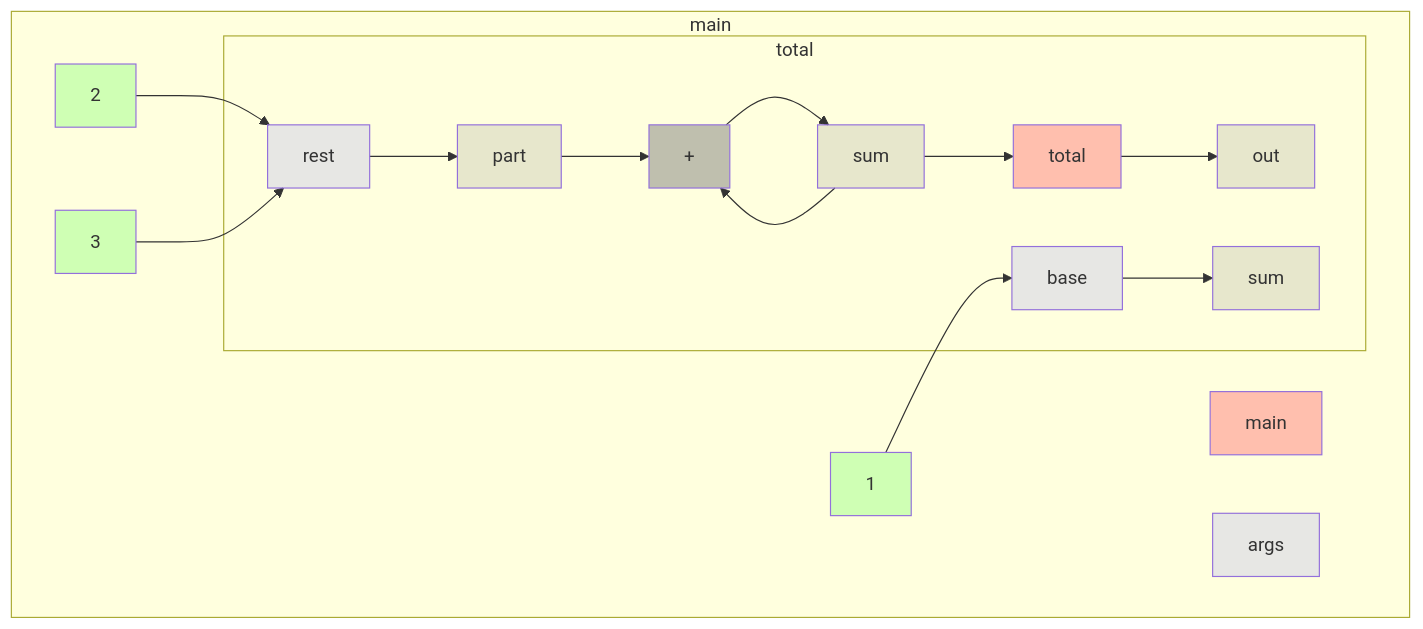
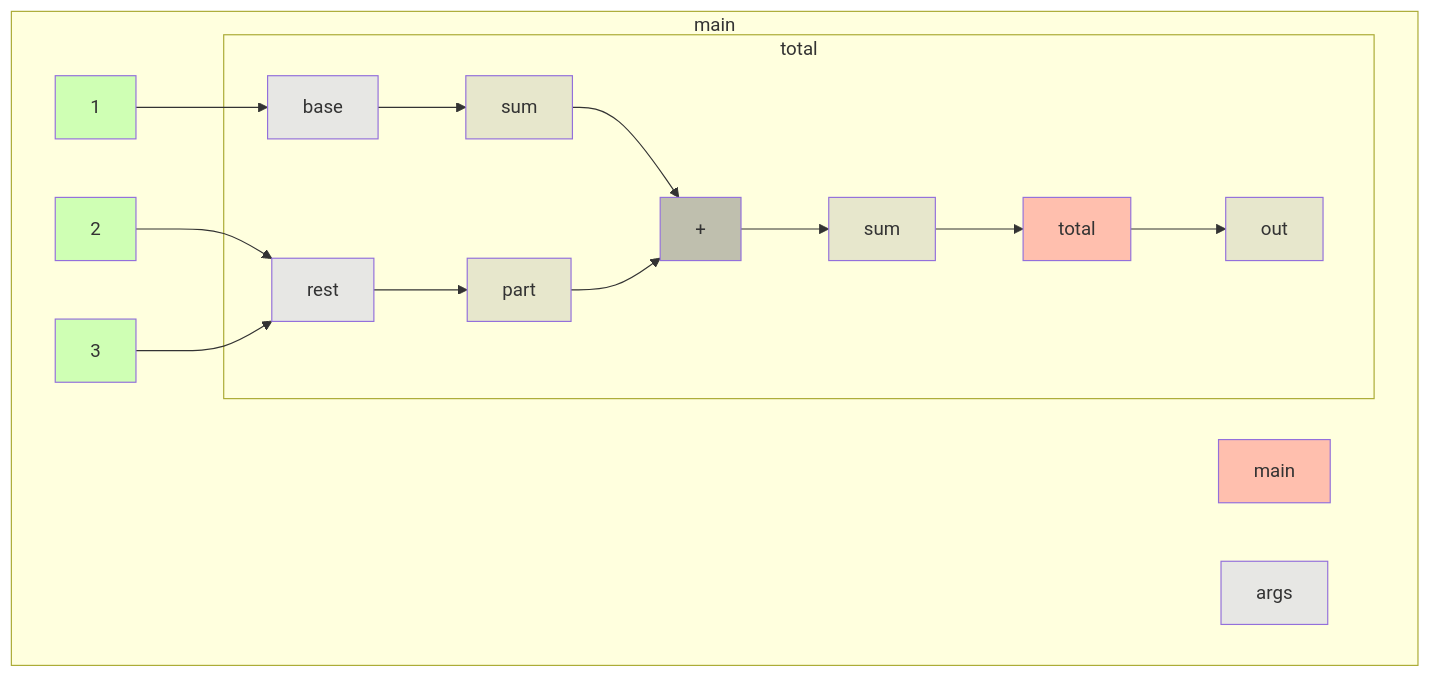
Before and after one commit to gstiebler/codeflow: the diagram in app/src/test/resources/varargs/truth.md, drawn with Mermaid. The commit also changed 48 other files, not shown here.

````diff
--- a/app/src/test/resources/varargs/truth.md
+++ b/app/src/test/resources/varargs/truth.md
@@ -1,36 +1,36 @@
 ```mermaid
 flowchart TD
   subgraph b0["main"]
     n1[main]:::RETURN
     n2[args]:::FUNC_PARAM
-    n3[out]:::VARIABLE
-    n4[1]:::LITERAL
-    n5[2]:::LITERAL
-    n6[3]:::LITERAL
-    n4[1]:::LITERAL --> n9[base]:::FUNC_PARAM
-    n5[2]:::LITERAL --> n10[rest]:::FUNC_PARAM
-    n6[3]:::LITERAL --> n10[rest]:::FUNC_PARAM
-    subgraph b7["total"]
-      n8[total]:::RETURN
-      n9[base]:::FUNC_PARAM
-      n10[rest]:::FUNC_PARAM
-      n11[sum]:::VARIABLE
-      n12[part]:::VARIABLE
+    n3[1]:::LITERAL
+    n4[2]:::LITERAL
+    n5[3]:::LITERAL
+    n14[out]:::VARIABLE
+    n3[1]:::LITERAL --> n8[base]:::FUNC_PARAM
+    n4[2]:::LITERAL --> n9[rest]:::FUNC_PARAM
+    n5[3]:::LITERAL --> n9[rest]:::FUNC_PARAM
+    subgraph b6["total"]
+      n7[total]:::RETURN
+      n8[base]:::FUNC_PARAM
+      n9[rest]:::FUNC_PARAM
+      n10[sum]:::VARIABLE
+      n11[part]:::VARIABLE
+      n12[+]:::BIN_OP
       n13[sum]:::VARIABLE
-      n14[+]:::BIN_OP
-      n8[total]:::RETURN --> n3[out]:::VARIABLE
-      n9[base]:::FUNC_PARAM --> n11[sum]:::VARIABLE
-      n10[rest]:::FUNC_PARAM --> n12[part]:::VARIABLE
-      n12[part]:::VARIABLE --> n14[+]:::BIN_OP
-      n13[sum]:::VARIABLE --> n14[+]:::BIN_OP
-      n13[sum]:::VARIABLE --> n8[total]:::RETURN
-      n14[+]:::BIN_OP --> n13[sum]:::VARIABLE
+      n7[total]:::RETURN --> n14[out]:::VARIABLE
+      n8[base]:::FUNC_PARAM --> n10[sum]:::VARIABLE
+      n9[rest]:::FUNC_PARAM --> n11[part]:::VARIABLE
+      n10[sum]:::VARIABLE --> n12[+]:::BIN_OP
+      n11[part]:::VARIABLE --> n12[+]:::BIN_OP
+      n12[+]:::BIN_OP --> n13[sum]:::VARIABLE
+      n13[sum]:::VARIABLE --> n7[total]:::RETURN
     end
   end
   classDef LITERAL fill:#00FF0030
   classDef VARIABLE fill:#80808030
   classDef BIN_OP fill:#80808080
   classDef FUNC_PARAM fill:#8080FF30
   classDef RETURN fill:#FF808080
   classDef EXTERNAL fill:#FFA50040
 ```
````
